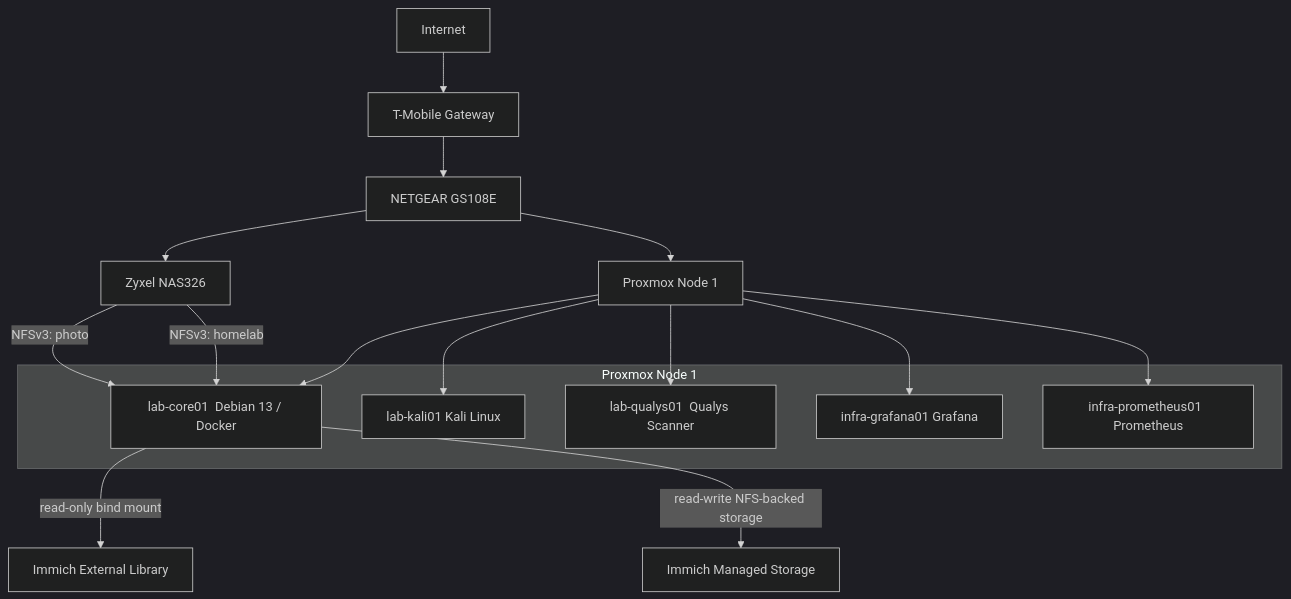
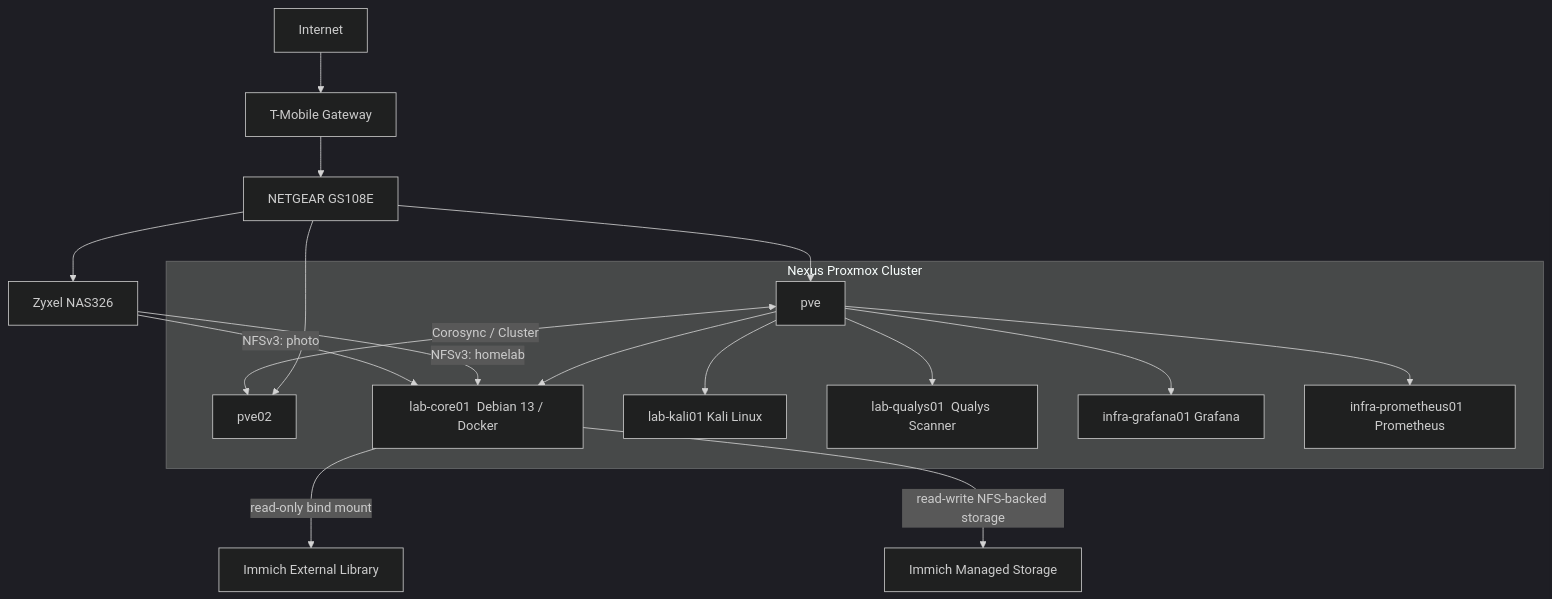
Before and after one commit to Tearstone/tearstone-homelab: the first of 3 diagrams in docs/architecture.md, drawn with Mermaid (dark theme). The commit also changed other lines of this file, not shown here.

Commit message:
Update architecture for nexus cluster

````diff
--- a/docs/architecture.md
+++ b/docs/architecture.md
@@ -5,27 +5,30 @@
 ```mermaid
 graph TD
     Internet --> Router["T-Mobile Gateway"]
     Router --> Switch["NETGEAR GS108E"]
 
-    Switch --> Proxmox["Proxmox Node 1"]
+    Switch --> PVE["pve <PRIVATE_IP>"]
+    Switch --> PVE02["pve02 <PRIVATE_IP>"]
     Switch --> NAS["Zyxel NAS326  <PRIVATE_IP>"]
 
-    subgraph "Proxmox Node 1"
+    subgraph "Nexus Proxmox Cluster"
+        PVE <-->|Corosync / Cluster| PVE02
+
         Core["lab-core01  Debian 13 / Docker"]
         Kali["lab-kali01  Kali Linux"]
         Qualys["lab-qualys01  Qualys Scanner"]
         Grafana["infra-grafana01  Grafana"]
         Prometheus["infra-prometheus01  Prometheus"]
     end
 
-    Proxmox --> Core
-    Proxmox --> Kali
-    Proxmox --> Qualys
-    Proxmox --> Grafana
-    Proxmox --> Prometheus
+    PVE --> Core
+    PVE --> Kali
+    PVE --> Qualys
+    PVE --> Grafana
+    PVE --> Prometheus
 
     NAS -->|"NFSv3: homelab"| Core
     NAS -->|"NFSv3: photo"| Core
     Core -->|"read-only bind mount"| External["Immich External Library"]
     Core -->|"read-write NFS-backed storage"| Immich["Immich Managed Storage"]
 ```
````
